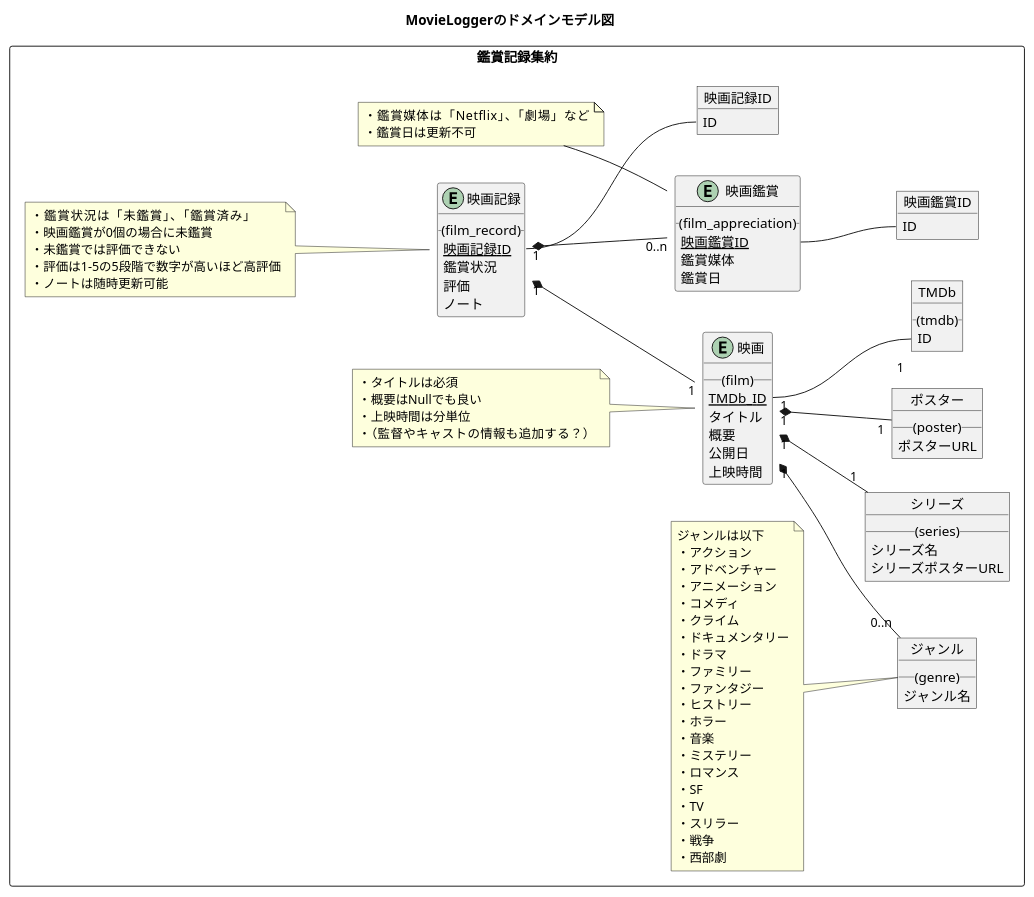
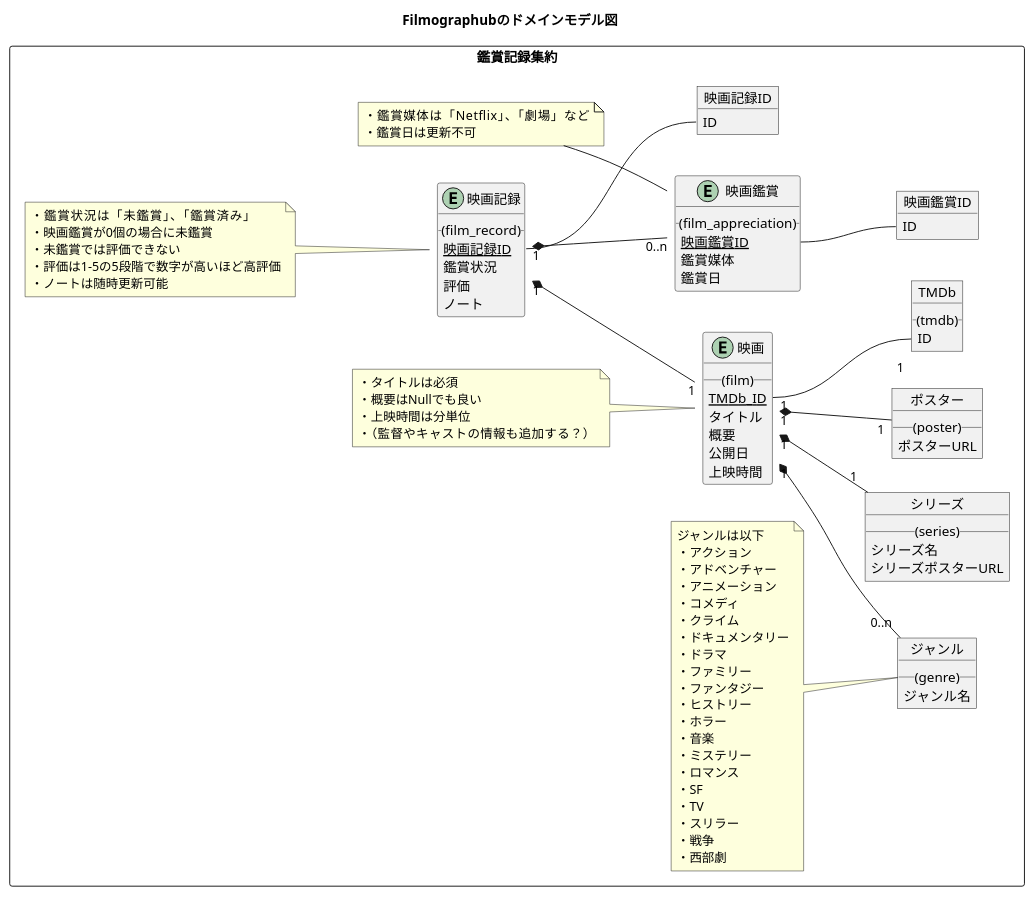
One commit to takeYY/filmography changed the diagram in api/docs/domain_model/domain_model.puml. Above: the diagram before and after it, drawn with PlantUML. The commit also changed 12 other files, not shown here.

```diff
--- a/api/docs/domain_model/domain_model.puml
+++ b/api/docs/domain_model/domain_model.puml
@@ -1,123 +1,123 @@
 @startuml fig_domain_model
-title MovieLoggerのドメインモデル図
+title Filmographubのドメインモデル図
 left to right direction
 
 
 rectangle 鑑賞記録集約 {
   entity 映画 {
     __(film)__
     {static} TMDb_ID
     タイトル
     概要
     公開日
     上映時間
   }
 
   entity 映画記録 {
     __(film_record)__
     {static} 映画記録ID
     鑑賞状況
     評価
     ノート
   }
 
   entity 映画鑑賞 {
     __(film_appreciation)__
     {static} 映画鑑賞ID
     鑑賞媒体
     鑑賞日
   }
 
   object ジャンル {
     __(genre)__
     ジャンル名
   }
 
   object シリーズ {
     __(series)__
     シリーズ名
     シリーズポスターURL
   }
 
   object ポスター {
     __(poster)__
     ポスターURL
   }
 
   object TMDb {
     __(tmdb)__
     ID
   }
 
   object 映画記録ID {
     ID
   }
 
   object 映画鑑賞ID {
     ID
   }
 
 
 
   映画記録 "1" *-- "0..n" 映画鑑賞
   映画記録 "1" *-- "1" 映画
   映画記録::映画記録ID -- 映画記録ID::ID
 
   映画 "1" *-- "0..n" ジャンル
   映画 "1" *-- "1" シリーズ
   映画 "1" *-- "1" ポスター
   映画::TMDb_ID "1" -- "1" TMDb::ID
 
   映画鑑賞::映画鑑賞ID -- 映画鑑賞ID::ID
 
 
 
   note as film_record_note
     ・鑑賞状況は「未鑑賞」、「鑑賞済み」
     ・映画鑑賞が0個の場合に未鑑賞
     ・未鑑賞では評価できない
     ・評価は1-5の5段階で数字が高いほど高評価
     ・ノートは随時更新可能
   end note
   film_record_note -- 映画記録
 
   note as film_appreciation_note
     ・鑑賞媒体は「Netflix」、「劇場」など
     ・鑑賞日は更新不可
   end note
   film_appreciation_note -- 映画鑑賞
 
   note as film_note
     ・タイトルは必須
     ・概要はNullでも良い
     ・上映時間は分単位
     ・（監督やキャストの情報も追加する？）
   end note
   film_note -- 映画
 
   note as genre_note
     ジャンルは以下
     ・アクション
     ・アドベンチャー
     ・アニメーション
     ・コメディ
     ・クライム
     ・ドキュメンタリー
     ・ドラマ
     ・ファミリー
     ・ファンタジー
     ・ヒストリー
     ・ホラー
     ・音楽
     ・ミステリー
     ・ロマンス
     ・SF
     ・TV
     ・スリラー
     ・戦争
     ・西部劇
   end note
   genre_note -- ジャンル
 }
 
 @enduml
```
